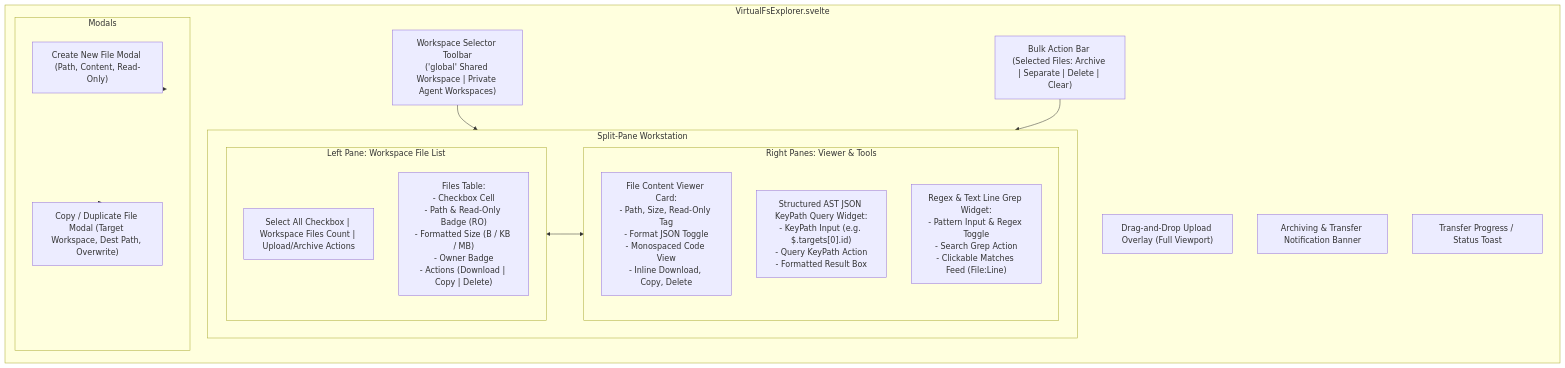
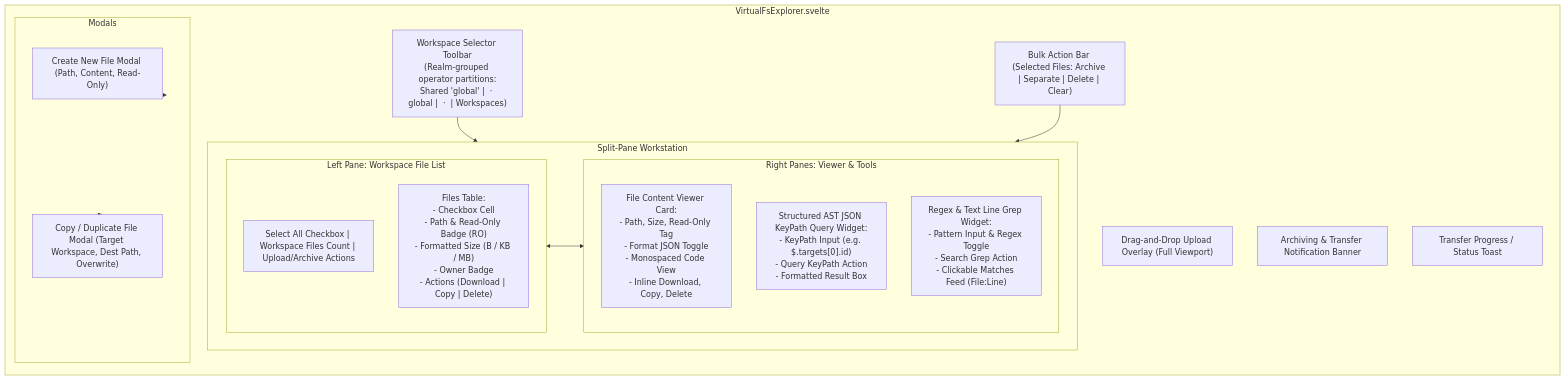
Before and after one commit to crestfallnafterdark/nightcurtain: the first of 4 diagrams in docs/ui/virtualfs_explorer.md, drawn with Mermaid. The commit also changed other lines of this file and 3 other files, not shown here.

Commit message:
docs(ui,testing): record realm-grouped explorer partitions and System Directive whitespace behavior

````diff
--- a/docs/ui/virtualfs_explorer.md
+++ b/docs/ui/virtualfs_explorer.md
@@ -15,34 +15,34 @@
 ```mermaid
 flowchart TD
     subgraph ExplorerRoot ["VirtualFsExplorer.svelte"]
-        WorkspaceBar["Workspace Selector Toolbar\n('global' Shared Workspace | Private Agent Workspaces)"]
+        WorkspaceBar["Workspace Selector Toolbar\n(Realm-grouped operator partitions:\nShared 'global' | <Realm> · global | <Realm> · <agent> | Workspaces)"]
         BulkBar["Bulk Action Bar (Selected Files: Archive | Separate | Delete | Clear)"]
         DragOverlay["Drag-and-Drop Upload Overlay (Full Viewport)"]
         TransferBanner["Archiving & Transfer Notification Banner"]
         StatusToast["Transfer Progress / Status Toast"]
 
         subgraph Panes ["Split-Pane Workstation"]
             subgraph LeftPane ["Left Pane: Workspace File List"]
                 FileHeader["Select All Checkbox | Workspace Files Count | Upload/Archive Actions"]
                 FilesTable["Files Table:\n- Checkbox Cell\n- Path & Read-Only Badge (RO)\n- Formatted Size (B / KB / MB)\n- Owner Badge\n- Actions (Download | Copy | Delete)"]
             end
 
             subgraph RightPanes ["Right Panes: Viewer & Tools"]
                 ViewerCard["File Content Viewer Card:\n- Path, Size, Read-Only Tag\n- Format JSON Toggle\n- Monospaced Code View\n- Inline Download, Copy, Delete"]
                 JsonWidget["Structured AST JSON KeyPath Query Widget:\n- KeyPath Input (e.g. $.targets[0].id)\n- Query KeyPath Action\n- Formatted Result Box"]
                 GrepWidget["Regex & Text Line Grep Widget:\n- Pattern Input & Regex Toggle\n- Search Grep Action\n- Clickable Matches Feed (File:Line)"]
             end
         end
 
         subgraph Modals ["Modals"]
             NewFileModal["Create New File Modal (Path, Content, Read-Only)"]
             CopyFileModal["Copy / Duplicate File Modal (Target Workspace, Dest Path, Overwrite)"]
         end
     end
 
     WorkspaceBar --> Panes
     BulkBar --> Panes
     LeftPane <--> RightPanes
     ExplorerRoot -.-> NewFileModal
     ExplorerRoot -.-> CopyFileModal
 ```
````
